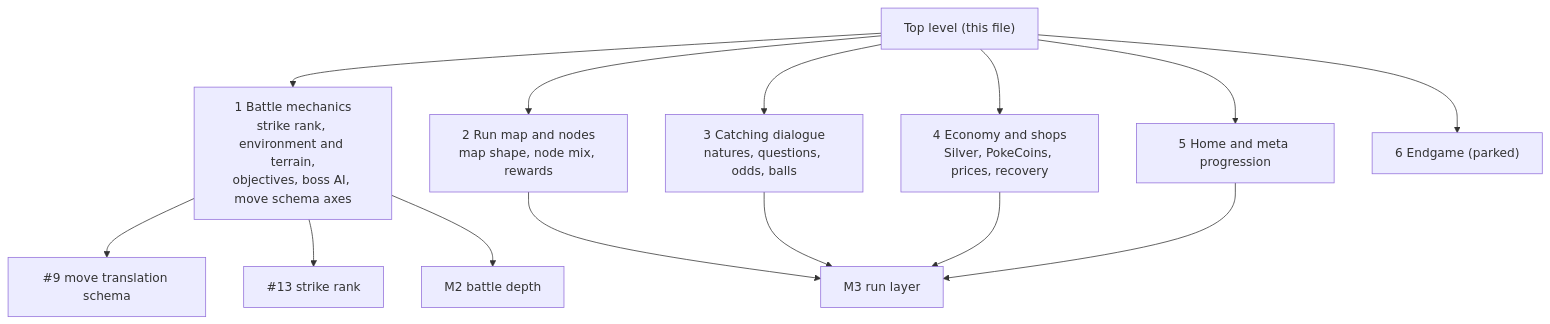
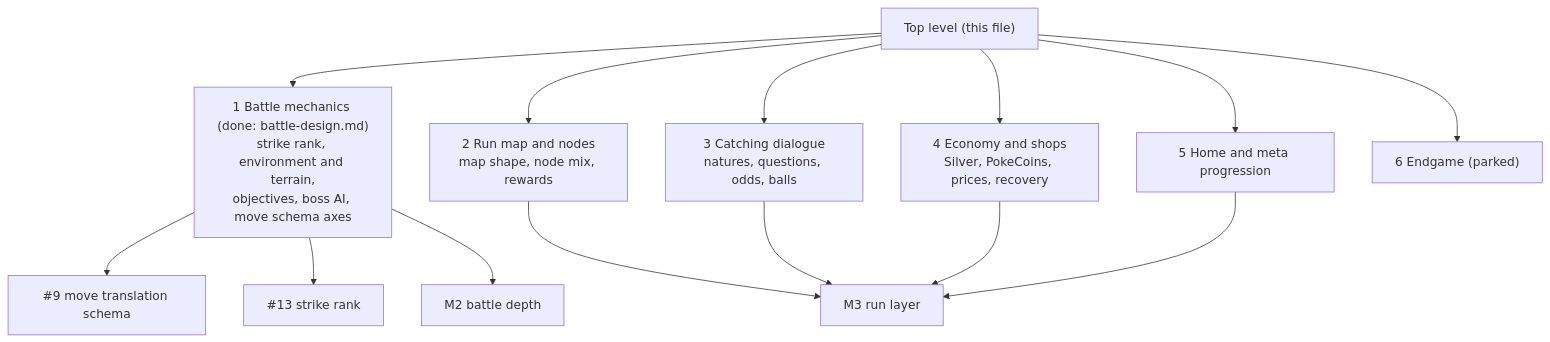
The second of 2 diagrams in docs/discussion-outputs/game-design.md (Jess-Rivera/poketactics), drawn with Mermaid before and after one commit. The commit also changed other lines of this file and 25 other files, not shown here.

Commit message:
Battle mechanics sub-grilling (#14): battle-design.md, 12 rulings (strike rank clock, movement and act cost, facing, height and sight, push, environment, terrain bonus, objectives, boss AI, schema adaptation, M2b); CLAUDE.md engine line and AI exception; issues #17 to #24

````diff
--- a/docs/discussion-outputs/game-design.md
+++ b/docs/discussion-outputs/game-design.md
@@ -69,16 +69,16 @@
 ```mermaid
 flowchart TD
-    TOP["Top level (this file)"] --> B["1 Battle mechanics<br/>strike rank, environment and terrain,<br/>objectives, boss AI, move schema axes"]
+    TOP["Top level (this file)"] --> B["1 Battle mechanics (done: battle-design.md)<br/>strike rank, environment and terrain,<br/>objectives, boss AI, move schema axes"]
     TOP --> R["2 Run map and nodes<br/>map shape, node mix, rewards"]
     TOP --> C["3 Catching dialogue<br/>natures, questions, odds, balls"]
     TOP --> E["4 Economy and shops<br/>Silver, PokeCoins, prices, recovery"]
     TOP --> H["5 Home and meta progression"]
     TOP --> X["6 Endgame (parked)"]
     B --> I9["#9 move translation schema"]
     B --> I13["#13 strike rank"]
     B --> M2[M2 battle depth]
     R --> M3[M3 run layer]
     C --> M3
     E --> M3
     H --> M3
 ```
````
